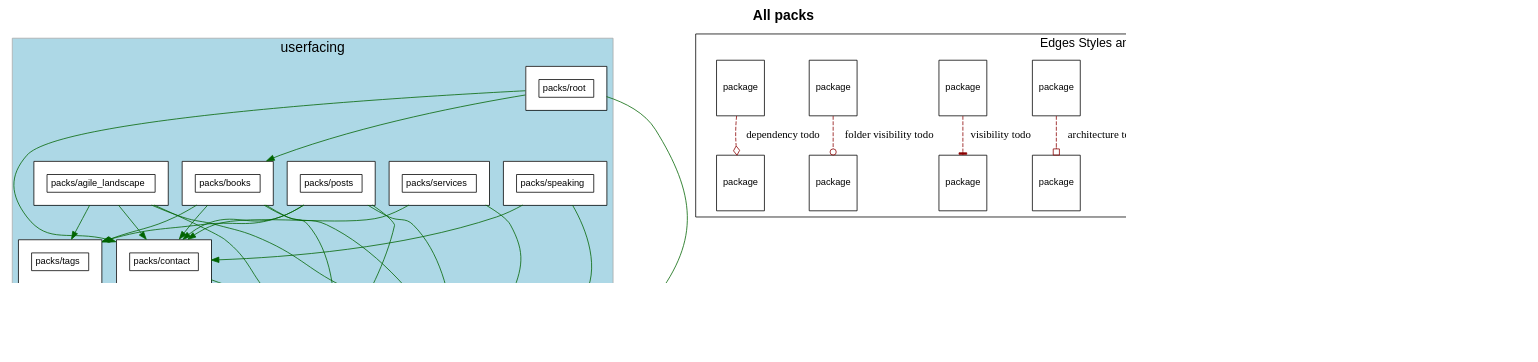
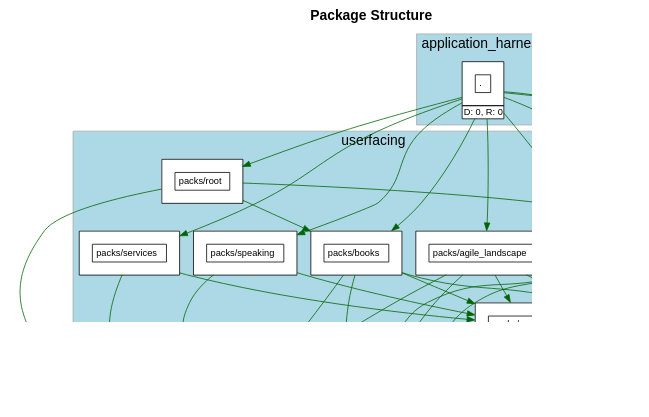
One commit to shageman/stephanhagemann.com changed the diagram in packs.dot. Above: the diagram before and after it, drawn with Graphviz. The commit also changed 3 other files, not shown here.

Commit message:
Add root pack to packs.yml to render in package diagram

```diff
--- a/packs.dot
+++ b/packs.dot
@@ -5,7 +5,7 @@
     fontname="Helvetica,Arial,sans-serif"
     dpi=100
     layout=dot
-    label=<<b>All packs</b><br/>>
+    label=<<b>Package Structure</b>>
     fontsize=18
   ]
   node [
@@ -25,7 +25,20 @@
       style=filled
         label="application_harness"
         cluster=true
-        rank = 0    }
+        rank = 0        "." [
+            fontsize=12.0
+            label= <
+                <table border='0' cellborder='1' cellspacing='0' cellpadding='16'><tr><td>
+                  <table border='0' cellborder='1' cellspacing='0' cellpadding='4'>
+                    <tr> <td port='private'> . </td> </tr>
+                  </table>
+                  </td></tr>
+                  <tr><td CELLPADDING='1' ALIGN='RIGHT'>D: 0, R: 0</td></tr>
+                  </table>
+              >
+          ]
+        
+    }
     subgraph userfacing {
       shape=box
       color=darkgrey
@@ -130,6 +143,14 @@
           ]
         
     }
+              "." -> "packs/agile_landscape" [ style=invis ]
+              "." -> "packs/books" [ style=invis ]
+              "." -> "packs/contact" [ style=invis ]
+              "." -> "packs/posts" [ style=invis ]
+              "." -> "packs/root" [ style=invis ]
+              "." -> "packs/services" [ style=invis ]
+              "." -> "packs/speaking" [ style=invis ]
+              "." -> "packs/tags" [ style=invis ]
     subgraph utility {
       shape=box
       color=darkgrey
@@ -185,6 +206,15 @@
       style=filled
         cluster=false
     }
+          "." -> "packs/agile_landscape" [ color=darkgreen ]
+          "." -> "packs/books" [ color=darkgreen ]
+          "." -> "packs/contact" [ color=darkgreen ]
+          "." -> "packs/posts" [ color=darkgreen ]
+          "." -> "packs/rails_shims" [ color=darkgreen ]
+          "." -> "packs/root" [ color=darkgreen ]
+          "." -> "packs/services" [ color=darkgreen ]
+          "." -> "packs/speaking" [ color=darkgreen ]
+          "." -> "packs/tags" [ color=darkgreen ]
           "packs/agile_landscape" -> "packs/backlinks" [ color=darkgreen ]
           "packs/agile_landscape" -> "packs/contact" [ color=darkgreen ]
           "packs/agile_landscape" -> "packs/rails_shims" [ color=darkgreen ]
@@ -207,42 +237,10 @@
           "packs/speaking" -> "packs/rails_shims" [ color=darkgreen ]
           "packs/tags" -> "packs/backlinks" [ color=darkgreen ]
           "packs/tags" -> "packs/rails_shims" [ color=darkgreen ]
-    subgraph cluster_legend {
-      fontsize=16
-      label="Edges Styles and Arrow Heads"
-      A [ fontsize=12 shape=box label="package"]
-      B [ fontsize=12 shape=box label="package"]
-      A -> B [label="accepted dependency" color=darkgreen]
-      M [ fontsize=12 shape=box label="package"]
-      N [ fontsize=12 shape=box label="package"]
-      M -> N [label="nested package" color=purple]
-      O [ fontsize=12 shape=box label="package"]
-      P [ fontsize=12 shape=box label="package"]
-      O -> P [label="visible to" color=blue]
-      C [ fontsize=12 shape=box label="package"]
-      D [ fontsize=12 shape=box label="package"]
-      C -> D [label="privacy todo" color=darkred style=dashed arrowhead=crow]
-      E [ fontsize=12 shape=box label="package"]
-      F [ fontsize=12 shape=box label="package"]
-      E -> F [label="architecture todo" color=darkred style=dashed arrowhead=obox]
-      G [ fontsize=12 shape=box label="package"]
-      H [ fontsize=12 shape=box label="package"]
-      G -> H [label="visibility todo" color=darkred style=dashed arrowhead=tee]
-      I [ fontsize=12 shape=box label="package"]
-      J [ fontsize=12 shape=box label="package"]
-      I -> J [label="folder visibility todo" color=darkred style=dashed arrowhead=odot]
-      K [ fontsize=12 shape=box label="package"]
-      L [ fontsize=12 shape=box label="package"]
-      K -> L [label="dependency todo" color=darkred style=dashed arrowhead=odiamond]
-      LEGEND_NODE_1 [ label="" peripheries=0 height=0 width=0 style=invis ]
-      LEGEND_NODE_2 [ label="" peripheries=0 height=0 width=0 style=invis ]
-      LEGEND_NODE_1 -> LEGEND_NODE_2 [ style=invis ]
-    }
   subgraph cluster_teams_legend {
     fontsize=16
     label="Team Colors"
 
 
   }
-    LEGEND_NODE_2 -> "" [style=invis]
 }
```
